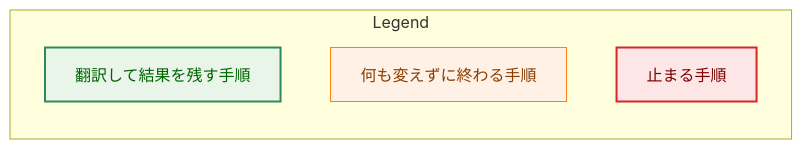
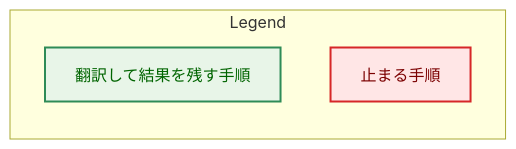
One commit to isseis/yt2column changed the seventh of 7 diagrams in docs/tasks/0048_doc_language_policy/02_architecture.md. Above: the diagram before and after it, drawn with Mermaid. The commit also changed other lines of this file, not shown here.

First line of the commit message:
docs(0048): address the architecture review findings

````diff
--- a/docs/tasks/0048_doc_language_policy/02_architecture.md
+++ b/docs/tasks/0048_doc_language_policy/02_architecture.md
@@ -572,14 +653,11 @@
 ```mermaid
 flowchart LR
-    classDef process fill:#fff1e6,stroke:#ff7f0e,stroke-width:1px,color:#8a3e00;
     classDef enhanced fill:#e8f5e8,stroke:#2e8b57,stroke-width:2px,color:#006400;
     classDef problem fill:#ffe6e6,stroke:#d62728,stroke-width:2px,color:#7b0000;
     subgraph Legend["Legend"]
         L1["翻訳して結果を残す手順"]
-        L2["何も変えずに終わる手順"]
-        L3["止まる手順"]
+        L2["止まる手順"]
     end
     class L1 enhanced
-    class L2 process
-    class L3 problem
+    class L2 problem
 ```
````
